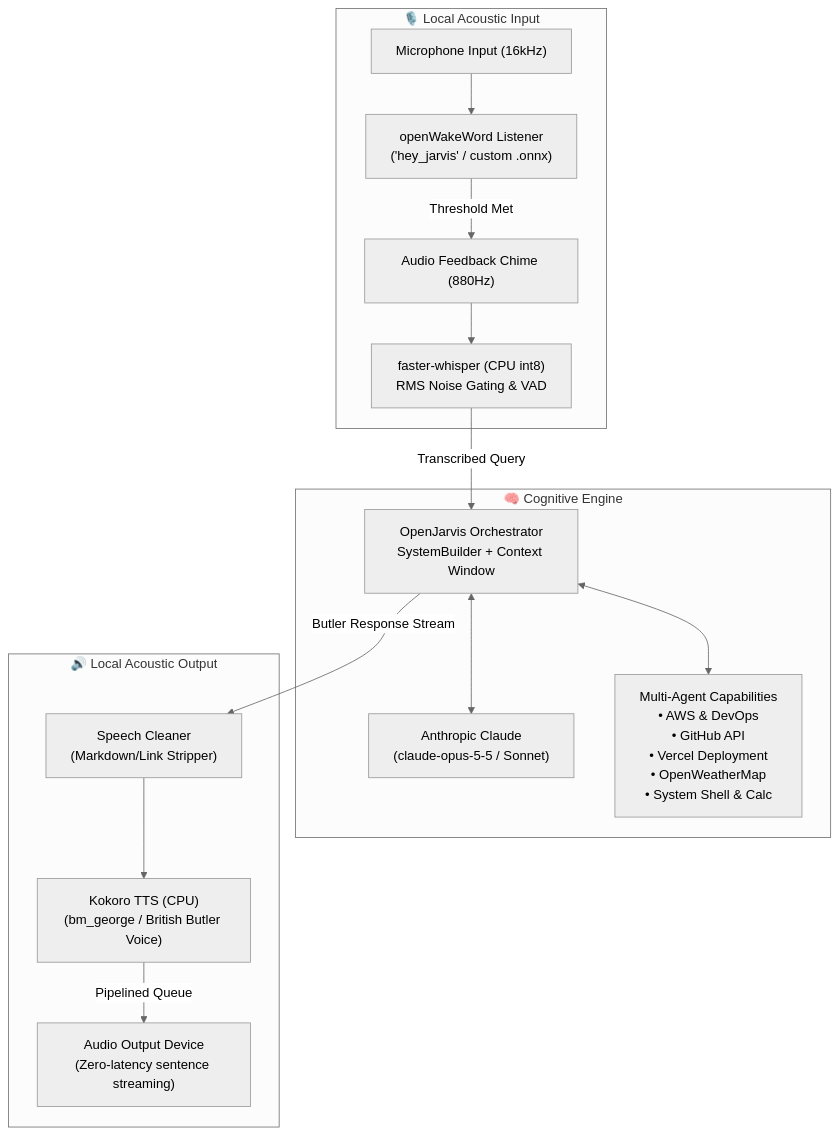
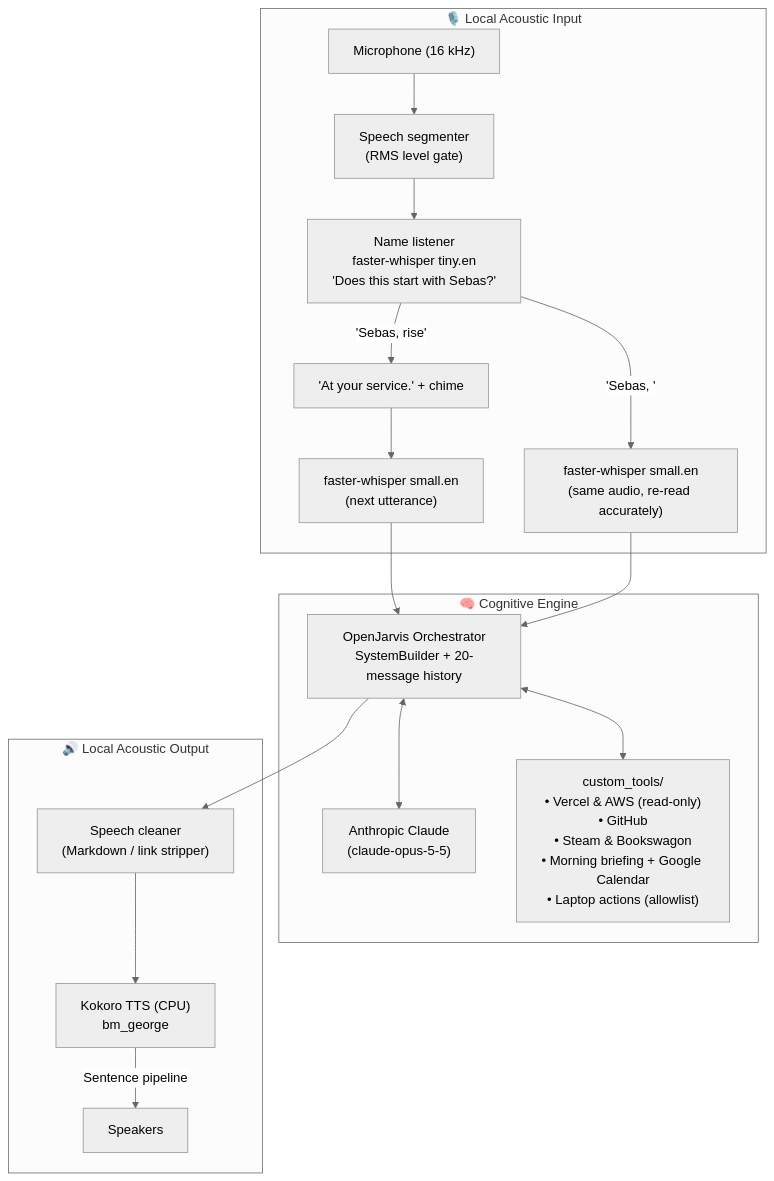
One commit to krishivvyas/SEBAS changed the diagram in README.md. Above: the diagram before and after it, drawn with Mermaid (neutral theme). The commit also changed other lines of this file and 2224 other files, not shown here.

Commit message:
feat: complete Sebas codebase with voice pipeline, custom tools, and configs

````diff
--- a/README.md
+++ b/README.md
@@ -19,20 +19,22 @@
 ```mermaid
 flowchart TD
     subgraph AudioInput["🎙️ Local Acoustic Input"]
-        Mic["Microphone Input (16kHz)"] --> WakeDetector["openWakeWord Listener\n('hey_jarvis' / custom .onnx)"]
-        WakeDetector -- "Threshold Met" --> Chime["Audio Feedback Chime (880Hz)"]
-        Chime --> STT["faster-whisper (CPU int8)\nRMS Noise Gating & VAD"]
+        Mic["Microphone (16 kHz)"] --> Gate["Speech segmenter\n(RMS level gate)"]
+        Gate --> Name["Name listener\nfaster-whisper tiny.en\n'Does this start with Sebas?'"]
+        Name -- "'Sebas, rise'" --> Greet["'At your service.' + chime"] --> STT["faster-whisper small.en\n(next utterance)"]
+        Name -- "'Sebas, <request>'" --> STT2["faster-whisper small.en\n(same audio, re-read accurately)"]
     end
 
     subgraph Intelligence["🧠 Cognitive Engine"]
-        STT -- "Transcribed Query" --> Brain["OpenJarvis Orchestrator\nSystemBuilder + Context Window"]
-        Brain <--> Claude["Anthropic Claude\n(claude-opus-5-5 / Sonnet)"]
-        Brain <--> Tools["Multi-Agent Capabilities\n• AWS & DevOps\n• GitHub API\n• Vercel Deployment\n• OpenWeatherMap\n• System Shell & Calc"]
+        STT --> Brain["OpenJarvis Orchestrator\nSystemBuilder + 20-message history"]
+        STT2 --> Brain
+        Brain <--> Claude["Anthropic Claude\n(claude-opus-5-5)"]
+        Brain <--> Tools["custom_tools/\n• Vercel & AWS (read-only)\n• GitHub\n• Steam & Bookswagon\n• Morning briefing + Google Calendar\n• Laptop actions (allowlist)"]
     end
 
     subgraph AudioOutput["🔊 Local Acoustic Output"]
-        Brain -- "Butler Response Stream" --> TextFormatter["Speech Cleaner\n(Markdown/Link Stripper)"]
-        TextFormatter --> TTS["Kokoro TTS (CPU)\n(bm_george / British Butler Voice)"]
-        TTS -- "Pipelined Queue" --> Speakers["Audio Output Device\n(Zero-latency sentence streaming)"]
+        Brain --> TextFormatter["Speech cleaner\n(Markdown / link stripper)"]
+        TextFormatter --> TTS["Kokoro TTS (CPU)\nbm_george"]
+        TTS -- "Sentence pipeline" --> Speakers["Speakers"]
     end
 ```
````
